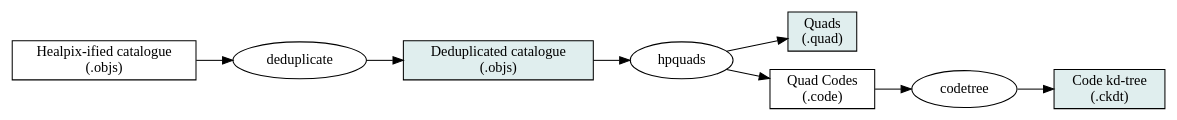
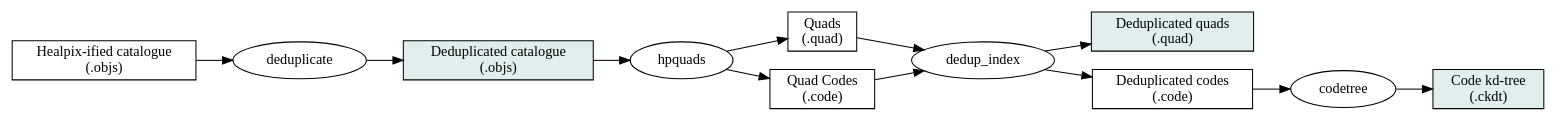
Before and after one commit to blackball/an-test6: the diagram in src/quads/pipeline.dot, drawn with Graphviz. The commit also changed 4 other files, not shown here.

```diff
--- a/src/quads/pipeline.dot
+++ b/src/quads/pipeline.dot
@@ -1,31 +1,40 @@
 graph indexpipeline {
 	graph [ rankdir = LR ];
 	node [ shape=box ];
 	edge [ dir=forward ];
 	node [ style=filled, fillcolor=azure2 ];
 	ddobjs [ label="Deduplicated catalogue\n(.objs)" ];
 	ckdt [ label="Code kd-tree\n(.ckdt)" ];
+	ddquad [ label="Deduplicated quads\n(.quad)" ];
+	node [ style="" ];
 	quad [ label="Quads\n(.quad)" ];
-	node [ style="" ];
 	objs [ label="Healpix-ified catalogue\n(.objs)" ];
 	code [ label="Quad Codes\n(.code)" ];
+	ddcode [ label="Deduplicated codes\n(.code)" ];
 
 	node [ shape=ellipse ];
 	codetree [ label="codetree" ];
 
-	objs -- deduplicate
-	deduplicate -- ddobjs
+	objs -- deduplicate -- ddobjs
+
 	ddobjs -- hpquads
 	hpquads -- code
 	hpquads -- quad
-	code -- codetree
-	codetree -- ckdt
+
+	code -- dedup_index
+	quad -- dedup_index
+	dedup_index -- ddcode
+	dedup_index -- ddquad
+
+	ddcode -- codetree -- ckdt
 }
 
 // render with:
-//   dot -Tps2 -o pipeline.ps pipeline.dot
+//   dot -Tps2 -o pipeline.eps pipeline.dot
+//   epstopng pipeline.eps
+
 // to get bounding box:
 //   gs -q -dNOPAUSE -dBATCH -dTextAlphaBits=4 -dGraphicsAlphaBits=4 -sDEVICE=bbox pipeline.ps
 // to render as png:
 //   gs -q -dNOPAUSE -dBATCH -dTextAlphaBits=4 -dGraphicsAlphaBits=4 -sDEVICE=png16m -sOutputFile=pipeline.png -g850x162 pipeline.ps
 // (where 850x162 is determined by the output of the bounding-box stage)
```
